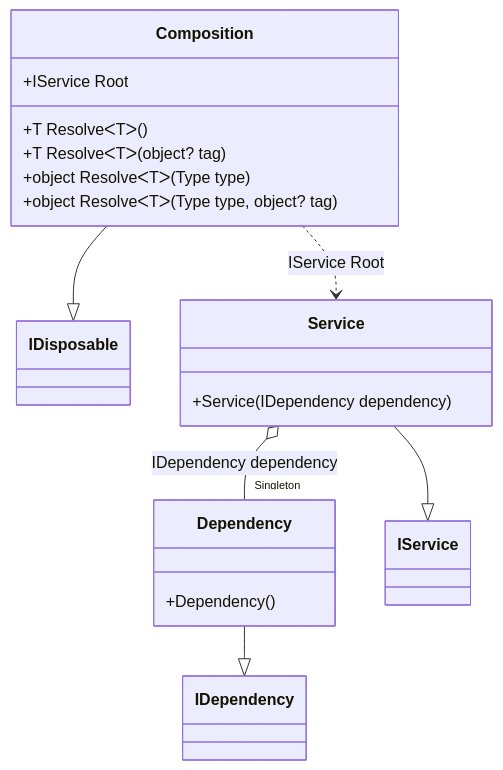
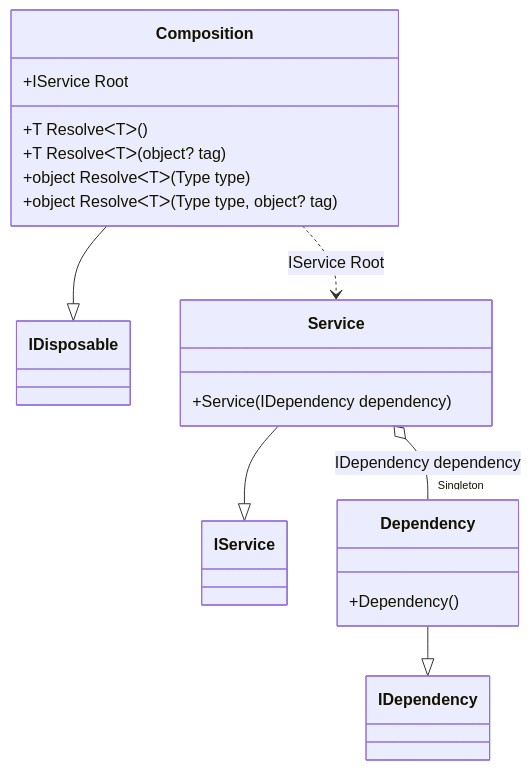
Diagram 17 of 35 in readme/Examples.md (DevTeam/Pure.DI), drawn with Mermaid before and after one commit. The commit also changed other lines of this file and 28 other files, not shown here.

````diff
--- a/readme/Examples.md
+++ b/readme/Examples.md
@@ -1212,21 +1203,21 @@
 ```mermaid
 classDiagram
 class Composition {
 +IService Root
 +T ResolveᐸTᐳ()
 +T ResolveᐸTᐳ(object? tag)
 +object ResolveᐸTᐳ(Type type)
 +object ResolveᐸTᐳ(Type type, object? tag)
 }
 Composition --|> IDisposable
+Service --|> IService : 
+class Service {
++Service(IDependency dependency)
+}
 Dependency --|> IDependency : 
 class Dependency {
 +Dependency()
 }
-Service --|> IService : 
-class Service {
-+Service(IDependency dependency)
-}
+Service o--  "Singleton" Dependency : IDependency dependency
 Composition ..> Service : IService Root
-Service o--  "Singleton" Dependency : IDependency dependency
 ```
````
